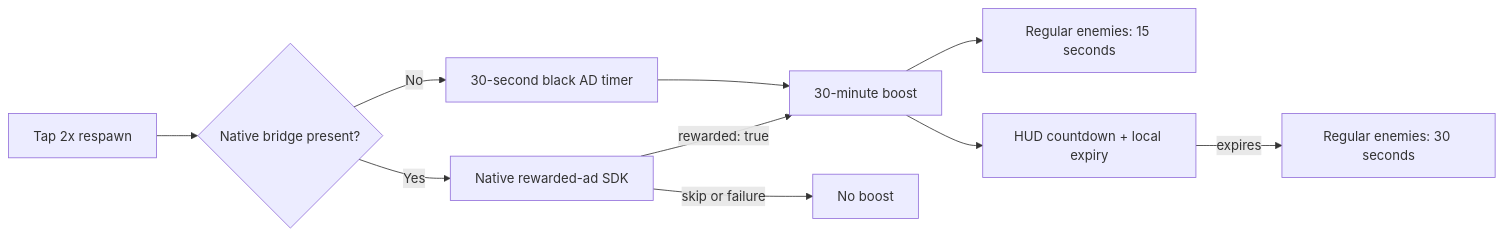
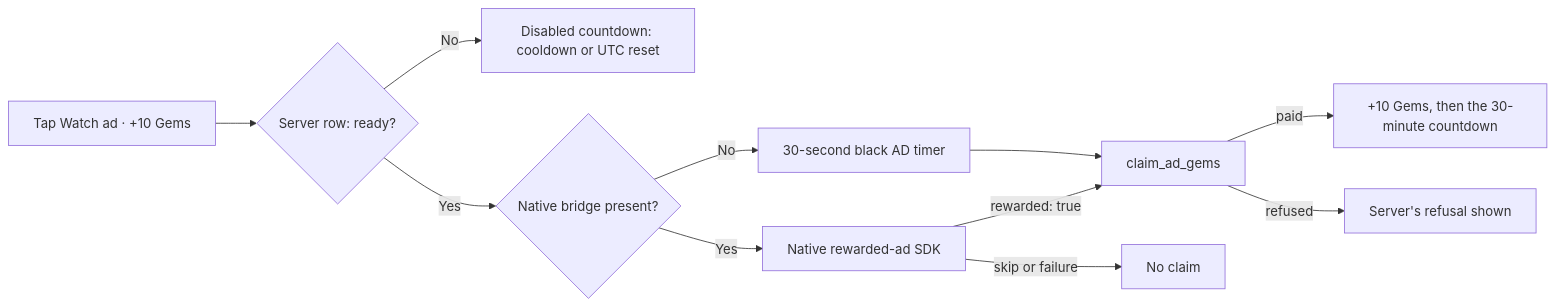
Before and after one commit to Tydoskus/wildwood: the diagram in docs/native-rewarded-ads.md, drawn with Mermaid. The commit also changed other lines of this file and 46 other files, not shown here.

````diff
--- a/docs/native-rewarded-ads.md
+++ b/docs/native-rewarded-ads.md
@@ -5,12 +5,13 @@
 ```mermaid
 flowchart LR
-  Tap["Tap 2x respawn"] --> Bridge{"Native bridge present?"}
+  Tap["Tap Watch ad · +10 Gems"] --> Ready{"Server row: ready?"}
+  Ready -->|No| Wait["Disabled countdown: cooldown or UTC reset"]
+  Ready -->|Yes| Bridge{"Native bridge present?"}
   Bridge -->|No| Browser["30-second black AD timer"]
   Bridge -->|Yes| SDK["Native rewarded-ad SDK"]
-  Browser --> Reward["30-minute boost"]
-  SDK -->|rewarded: true| Reward
-  SDK -->|skip or failure| NoReward["No boost"]
-  Reward --> Fast["Regular enemies: 15 seconds"]
-  Reward --> Timer["HUD countdown + local expiry"]
-  Timer -->|expires| Normal["Regular enemies: 30 seconds"]
+  Browser --> Claim["claim_ad_gems"]
+  SDK -->|rewarded: true| Claim
+  SDK -->|skip or failure| NoReward["No claim"]
+  Claim -->|paid| Gems["+10 Gems, then the 30-minute countdown"]
+  Claim -->|refused| Message["Server's refusal shown"]
 ```
````
